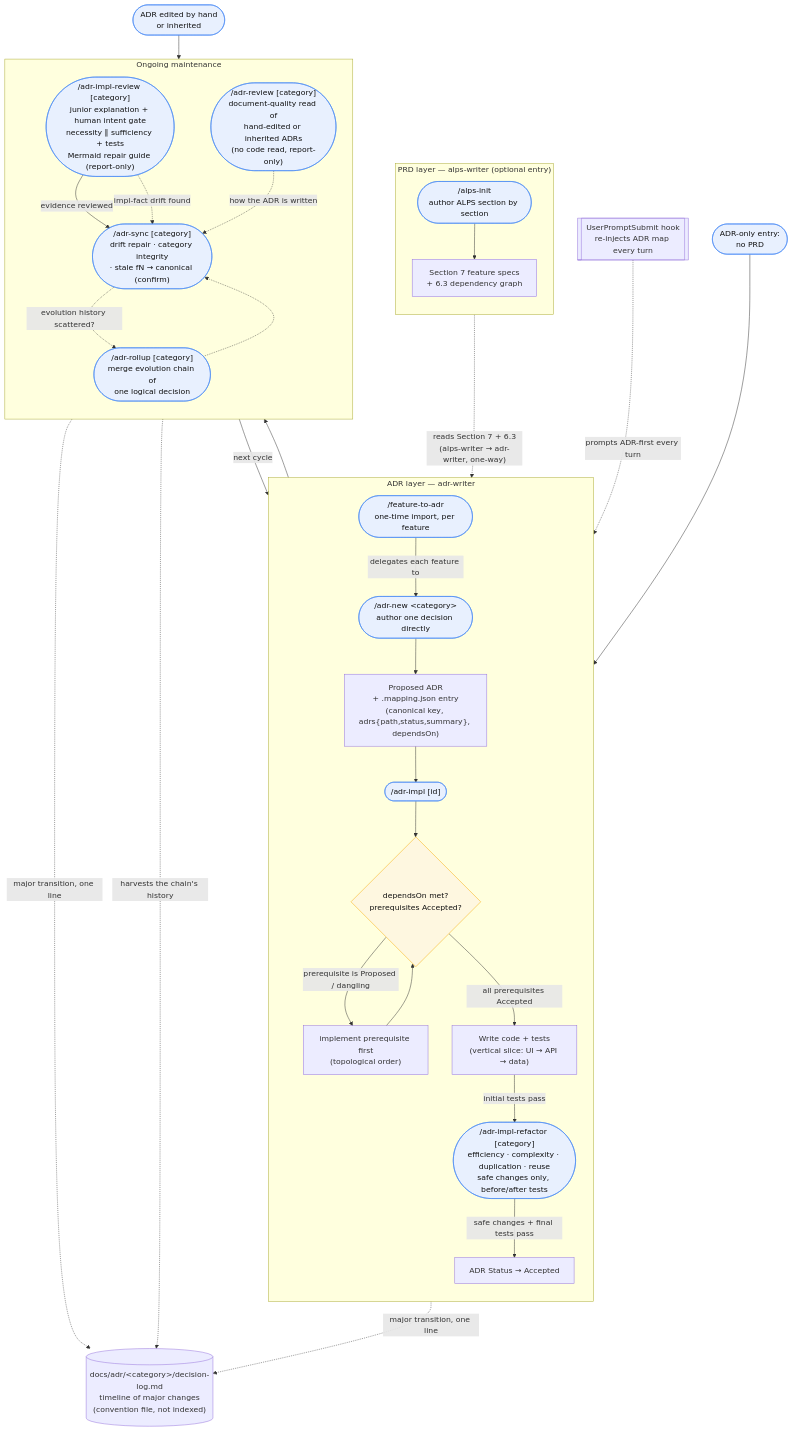
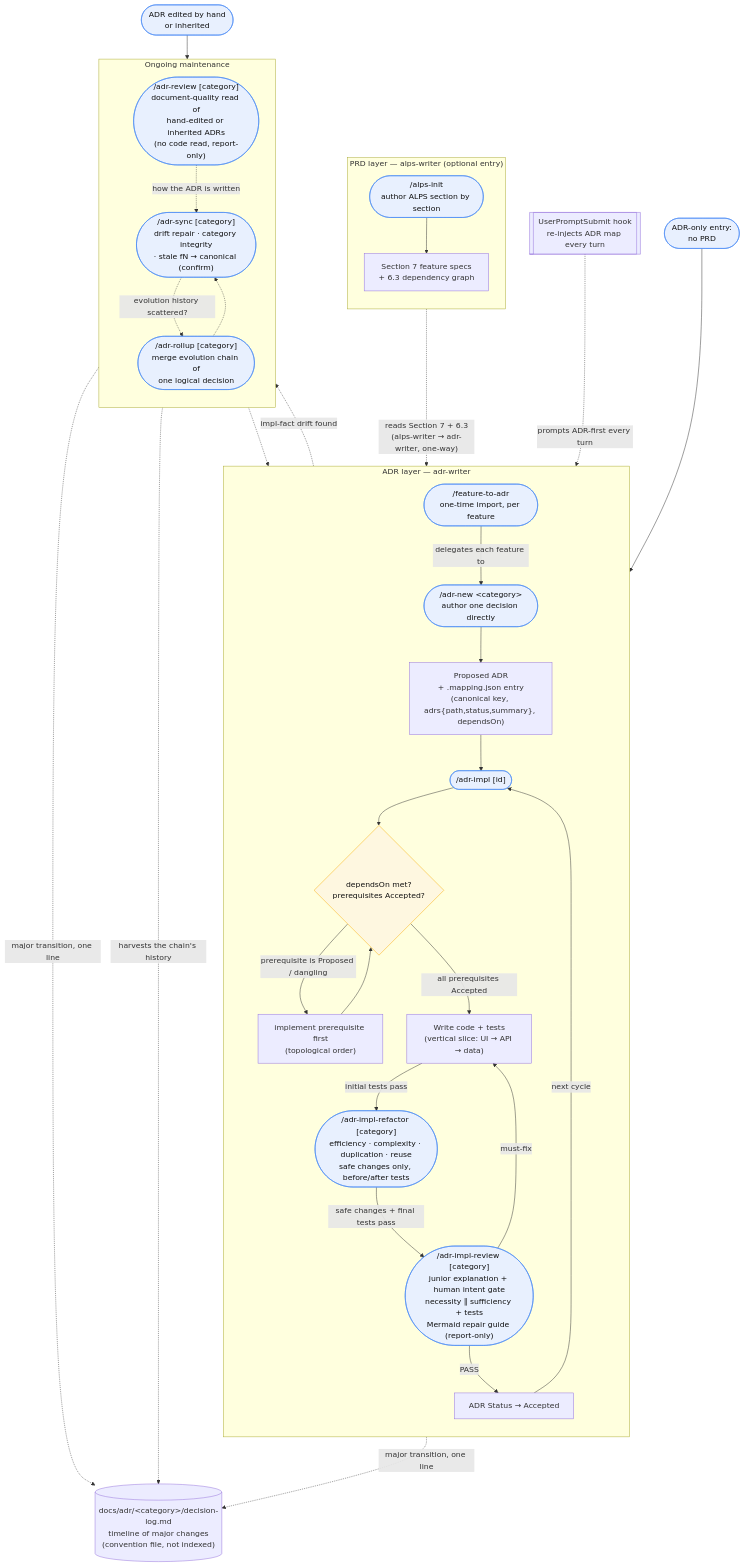
One commit to haandol/alps-writer-mcp changed the second of 2 diagrams in docs/usage.md. Above: the diagram before and after it, drawn with Mermaid. The commit also changed other lines of this file and 35 other files, not shown here.

````diff
--- a/docs/usage.md
+++ b/docs/usage.md
@@ -29,62 +32,63 @@
 ```mermaid
 flowchart TD
     subgraph prd["PRD layer — alps-writer (optional entry)"]
         direction TB
         Init(["/alps-init<br/>author ALPS section by section"])
         S7["Section 7 feature specs<br/>+ 6.3 dependency graph"]
         Init --> S7
     end
 
     subgraph adr["ADR layer — adr-writer"]
         direction TB
         F2A(["/feature-to-adr<br/>one-time import, per feature"])
         New(["/adr-new &lt;category&gt;<br/>author one decision directly"])
         Proposed["Proposed ADR<br/>+ .mapping.json entry<br/>(canonical key, adrs{path,status,summary}, dependsOn)"]
         Impl(["/adr-impl [id]"])
         Gate{"dependsOn met?<br/>prerequisites Accepted?"}
         Code["Write code + tests<br/>(vertical slice: UI → API → data)"]
         Refactor(["/adr-impl-refactor [category]<br/>efficiency · complexity · duplication · reuse<br/>safe changes only, before/after tests"])
+        Review(["/adr-impl-review [category]<br/>junior explanation + human intent gate<br/>necessity ∥ sufficiency + tests<br/>Mermaid repair guide (report-only)"])
         Accepted["ADR Status → Accepted"]
 
         F2A -->|delegates each feature to| New
         New --> Proposed
         Proposed --> Impl
         Impl --> Gate
         Gate -->|prerequisite is Proposed / dangling| PrereqFirst["implement prerequisite first<br/>(topological order)"]
         PrereqFirst --> Gate
         Gate -->|all prerequisites Accepted| Code
         Code -->|initial tests pass| Refactor
-        Refactor -->|safe changes + final tests pass| Accepted
+        Refactor -->|safe changes + final tests pass| Review
+        Review -->|PASS| Accepted
+        Review -->|must-fix| Code
     end
 
     subgraph maint["Ongoing maintenance"]
         direction TB
-        Review(["/adr-impl-review [category]<br/>junior explanation + human intent gate<br/>necessity ∥ sufficiency + tests<br/>Mermaid repair guide (report-only)"])
         Sync(["/adr-sync [category]<br/>drift repair · category integrity<br/>· stale fN → canonical (confirm)"])
         Rollup(["/adr-rollup [category]<br/>merge evolution chain of<br/>one logical decision"])
         DocRev(["/adr-review [category]<br/>document-quality read of<br/>hand-edited or inherited ADRs<br/>(no code read, report-only)"])
     end
 
     Hook[["UserPromptSubmit hook<br/>re-injects ADR map every turn"]]
     Log[("docs/adr/&lt;category&gt;/decision-log.md<br/>timeline of major changes<br/>(convention file, not indexed)")]
 
     S7 -.->|"reads Section 7 + 6.3<br/>(alps-writer → adr-writer, one-way)"| F2A
     Start(["ADR-only entry:<br/>no PRD"]) --> New
-    Accepted --> Review
-    Review -->|evidence reviewed| Sync
     Review -.->|impl-fact drift found| Sync
-    Sync -->|next cycle| Impl
+    Sync -.-> Review
+    Accepted -->|next cycle| Impl
     Sync -.->|evolution history scattered?| Rollup
     Rollup -.-> Sync
     Hand(["ADR edited by hand<br/>or inherited"]) --> DocRev
     DocRev -.->|"how the ADR is written"| Sync
     Hook -.->|prompts ADR-first every turn| Impl
     Impl -.->|"major transition, one line"| Log
     Sync -.->|"major transition, one line"| Log
     Rollup -.->|"harvests the chain's history"| Log
 
     classDef cmd fill:#e8f0fe,stroke:#4285f4,color:#111;
     classDef gate fill:#fef7e0,stroke:#f9ab00,color:#111;
     class Init,F2A,New,Impl,Refactor,Review,Sync,Rollup,DocRev,Start,Hand cmd;
     class Gate gate;
 ```
````
